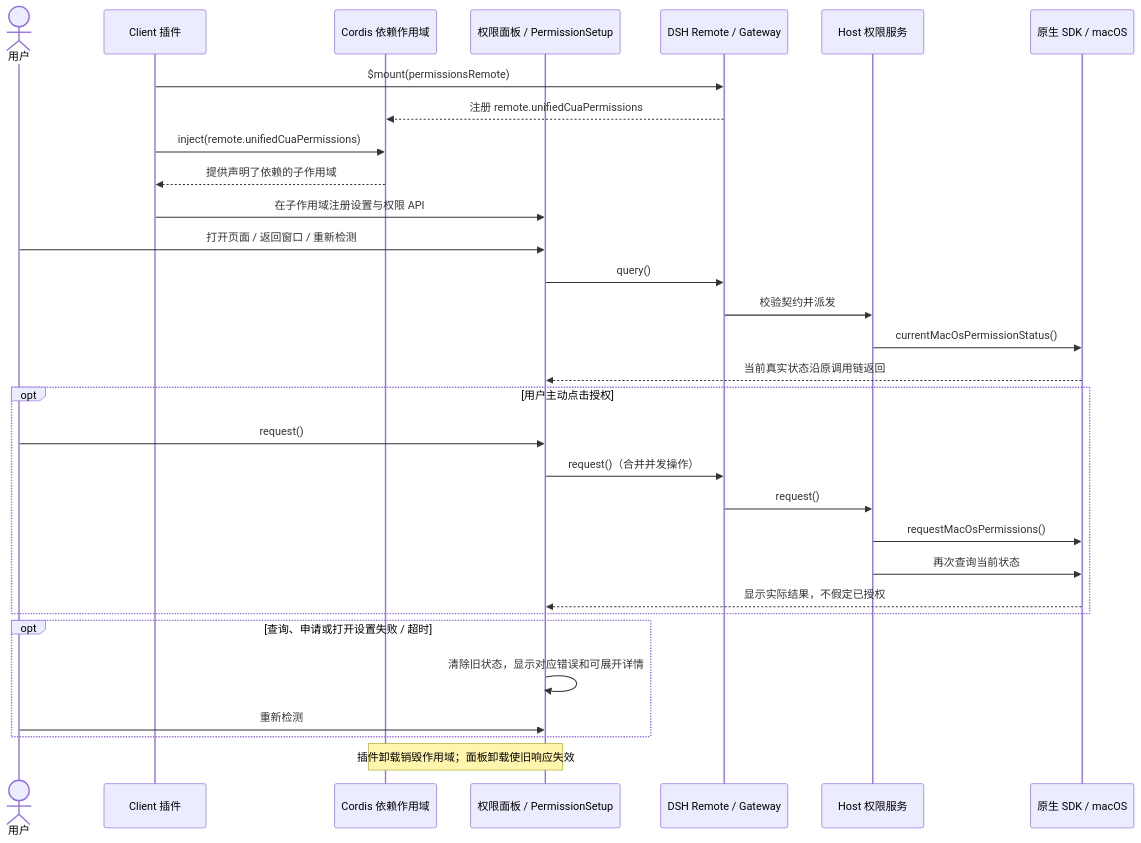
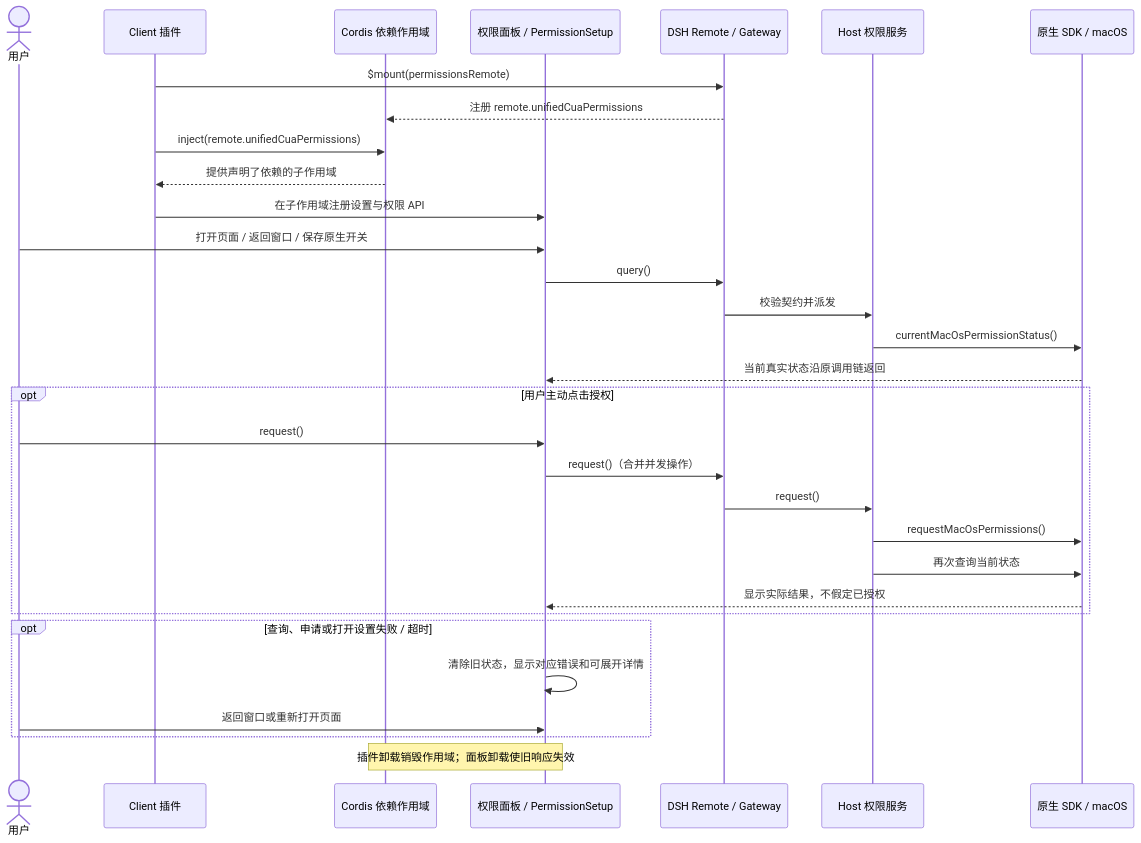
Before and after one commit to xiaoiver/dsh-unified-computer-use: the eighth of 8 diagrams in docs/CALL-FLOWS.md, drawn with Mermaid. The commit also changed other lines of this file and 7 other files, not shown here.

````diff
--- a/docs/CALL-FLOWS.md
+++ b/docs/CALL-FLOWS.md
@@ -248,33 +248,33 @@
 ```mermaid
 sequenceDiagram
   actor User as 用户
   participant Client as Client 插件
   participant DI as Cordis 依赖作用域
   participant Panel as 权限面板 / PermissionSetup
   participant Remote as DSH Remote / Gateway
   participant Host as Host 权限服务
   participant OS as 原生 SDK / macOS
   Client->>Remote: $mount(permissionsRemote)
   Remote-->>DI: 注册 remote.unifiedCuaPermissions
   Client->>DI: inject(remote.unifiedCuaPermissions)
   DI-->>Client: 提供声明了依赖的子作用域
   Client->>Panel: 在子作用域注册设置与权限 API
-  User->>Panel: 打开页面 / 返回窗口 / 重新检测
+  User->>Panel: 打开页面 / 返回窗口 / 保存原生开关
   Panel->>Remote: query()
   Remote->>Host: 校验契约并派发
   Host->>OS: currentMacOsPermissionStatus()
   OS-->>Panel: 当前真实状态沿原调用链返回
   opt 用户主动点击授权
     User->>Panel: request()
     Panel->>Remote: request()（合并并发操作）
     Remote->>Host: request()
     Host->>OS: requestMacOsPermissions()
     Host->>OS: 再次查询当前状态
     OS-->>Panel: 显示实际结果，不假定已授权
   end
   opt 查询、申请或打开设置失败 / 超时
     Panel->>Panel: 清除旧状态，显示对应错误和可展开详情
-    User->>Panel: 重新检测
+    User->>Panel: 返回窗口或重新打开页面
   end
   Note over DI,Panel: 插件卸载销毁作用域；面板卸载使旧响应失效
 ```
````
